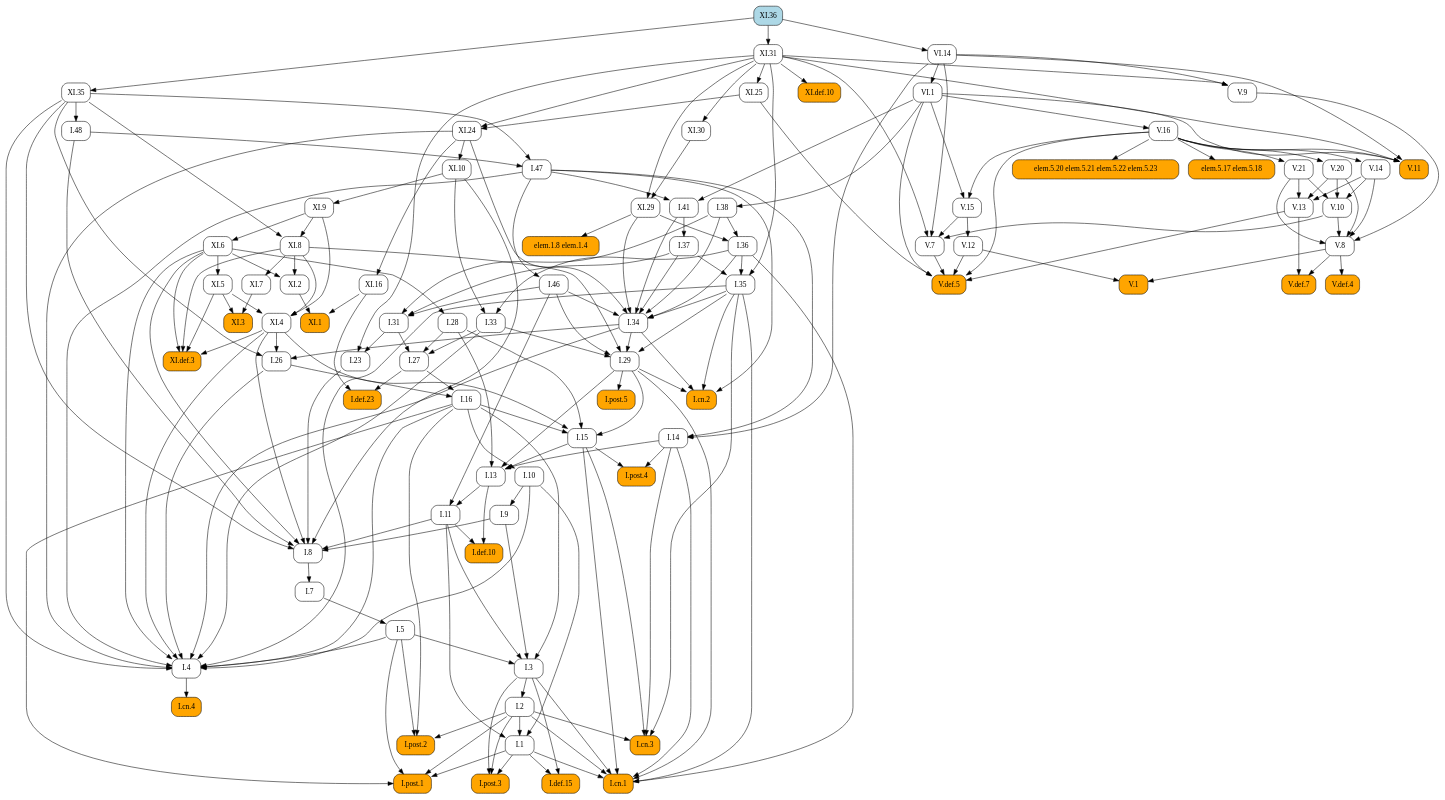
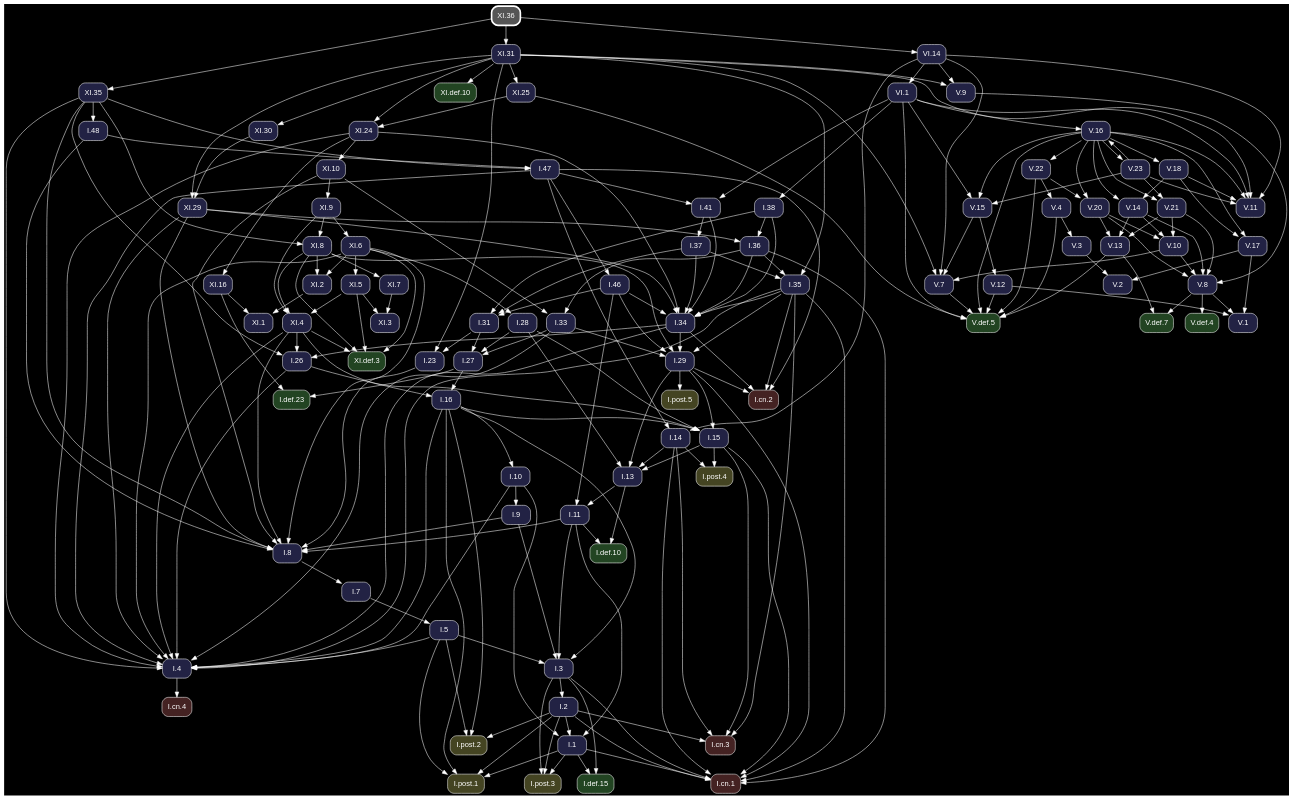
One commit to geometor/elements changed the diagram in docsrc/heath/XI/36/index.rst. Above: the diagram before and after it, drawn with Graphviz. The commit also changed other lines of this file and 1200 other files, not shown here.

Commit message:
update dependency graphs

```diff
--- a/docsrc/heath/XI/36/index.rst
+++ b/docsrc/heath/XI/36/index.rst
@@ -37,164 +37,238 @@
 .. graphviz::
 
    digraph {
+     bgcolor="black";
+     node [shape=box, style="rounded,filled", fontname="Helvetica", color="white", fontcolor="white"];
+     edge [color="white", fontcolor="white"];
      rankdir="TB";
-     node [shape=box, style=rounded];
-     "I.23" [URL="/heath/I/23/", target="_top"];
-     "I.9" [URL="/heath/I/9/", target="_top"];
-     "I.def.15" [style="rounded,filled", fillcolor=orange, URL="/heath/I/def.15/", target="_top"];
-     "V.13" [URL="/heath/V/13/", target="_top"];
-     "XI.24" [URL="/heath/XI/24/", target="_top"];
-     "V.7" [URL="/heath/V/7/", target="_top"];
-     "elem.5.17 elem.5.18" [style="rounded,filled", fillcolor=orange];
-     "XI.6" [URL="/heath/XI/6/", target="_top"];
-     "I.post.1" [style="rounded,filled", fillcolor=orange, URL="/heath/I/post.1/", target="_top"];
-     "V.14" [URL="/heath/V/14/", target="_top"];
-     "V.9" [URL="/heath/V/9/", target="_top"];
-     "I.31" [URL="/heath/I/31/", target="_top"];
-     "XI.35" [URL="/heath/XI/35/", target="_top"];
-     "I.def.10" [style="rounded,filled", fillcolor=orange, URL="/heath/I/def.10/", target="_top"];
-     "V.10" [URL="/heath/V/10/", target="_top"];
-     "XI.def.3" [style="rounded,filled", fillcolor=orange, URL="/heath/XI/def.3/", target="_top"];
-     "VI.1" [URL="/heath/VI/1/", target="_top"];
-     "XI.10" [URL="/heath/XI/10/", target="_top"];
-     "elem.1.8 elem.1.4" [style="rounded,filled", fillcolor=orange];
-     "VI.14" [URL="/heath/VI/14/", target="_top"];
-     "I.14" [URL="/heath/I/14/", target="_top"];
-     "V.11" [style="rounded,filled", fillcolor=orange, URL="/heath/V/11/", target="_top"];
-     "XI.2" [URL="/heath/XI/2/", target="_top"];
-     "I.34" [URL="/heath/I/34/", target="_top"];
-     "XI.7" [URL="/heath/XI/7/", target="_top"];
-     "I.3" [URL="/heath/I/3/", target="_top"];
-     "V.def.4" [style="rounded,filled", fillcolor=orange, URL="/heath/V/def.4/", target="_top"];
-     "V.def.7" [style="rounded,filled", fillcolor=orange, URL="/heath/V/def.7/", target="_top"];
-     "V.21" [URL="/heath/V/21/", target="_top"];
-     "I.2" [URL="/heath/I/2/", target="_top"];
-     "I.13" [URL="/heath/I/13/", target="_top"];
-     "I.post.4" [style="rounded,filled", fillcolor=orange, URL="/heath/I/post.4/", target="_top"];
-     "I.48" [URL="/heath/I/48/", target="_top"];
-     "I.4" [URL="/heath/I/4/", target="_top"];
-     "I.1" [URL="/heath/I/1/", target="_top"];
-     "XI.16" [URL="/heath/XI/16/", target="_top"];
-     "I.8" [URL="/heath/I/8/", target="_top"];
-     "I.29" [URL="/heath/I/29/", target="_top"];
-     "XI.31" [URL="/heath/XI/31/", target="_top"];
-     "XI.5" [URL="/heath/XI/5/", target="_top"];
-     "V.8" [URL="/heath/V/8/", target="_top"];
-     "I.38" [URL="/heath/I/38/", target="_top"];
-     "I.15" [URL="/heath/I/15/", target="_top"];
-     "I.10" [URL="/heath/I/10/", target="_top"];
-     "I.11" [URL="/heath/I/11/", target="_top"];
-     "I.def.23" [style="rounded,filled", fillcolor=orange, URL="/heath/I/def.23/", target="_top"];
-     "XI.1" [style="rounded,filled", fillcolor=orange, URL="/heath/XI/1/", target="_top"];
-     "I.46" [URL="/heath/I/46/", target="_top"];
-     "I.26" [URL="/heath/I/26/", target="_top"];
-     "V.16" [URL="/heath/V/16/", target="_top"];
-     "I.33" [URL="/heath/I/33/", target="_top"];
-     "XI.4" [URL="/heath/XI/4/", target="_top"];
-     "I.47" [URL="/heath/I/47/", target="_top"];
-     "XI.8" [URL="/heath/XI/8/", target="_top"];
-     "I.post.3" [style="rounded,filled", fillcolor=orange, URL="/heath/I/post.3/", target="_top"];
-     "V.def.5" [style="rounded,filled", fillcolor=orange, URL="/heath/V/def.5/", target="_top"];
-     "XI.3" [style="rounded,filled", fillcolor=orange, URL="/heath/XI/3/", target="_top"];
-     "XI.def.10" [style="rounded,filled", fillcolor=orange, URL="/heath/XI/def.10/", target="_top"];
-     "V.20" [URL="/heath/V/20/", target="_top"];
-     "I.27" [URL="/heath/I/27/", target="_top"];
-     "V.12" [URL="/heath/V/12/", target="_top"];
-     "I.35" [URL="/heath/I/35/", target="_top"];
-     "I.cn.1" [style="rounded,filled", fillcolor=orange, URL="/heath/I/cn.1/", target="_top"];
-     "I.7" [URL="/heath/I/7/", target="_top"];
-     "I.36" [URL="/heath/I/36/", target="_top"];
-     "I.5" [URL="/heath/I/5/", target="_top"];
-     "XI.36" [style="rounded,filled", fillcolor=lightblue, URL="/heath/XI/36/", target="_top"];
-     "I.37" [URL="/heath/I/37/", target="_top"];
-     "I.cn.3" [style="rounded,filled", fillcolor=orange, URL="/heath/I/cn.3/", target="_top"];
-     "I.16" [URL="/heath/I/16/", target="_top"];
-     "XI.29" [URL="/heath/XI/29/", target="_top"];
-     "V.1" [style="rounded,filled", fillcolor=orange, URL="/heath/V/1/", target="_top"];
-     "XI.9" [URL="/heath/XI/9/", target="_top"];
-     "I.cn.2" [style="rounded,filled", fillcolor=orange, URL="/heath/I/cn.2/", target="_top"];
-     "I.post.5" [style="rounded,filled", fillcolor=orange, URL="/heath/I/post.5/", target="_top"];
-     "I.28" [URL="/heath/I/28/", target="_top"];
-     "I.cn.4" [style="rounded,filled", fillcolor=orange, URL="/heath/I/cn.4/", target="_top"];
-     "V.15" [URL="/heath/V/15/", target="_top"];
-     "I.41" [URL="/heath/I/41/", target="_top"];
-     "I.post.2" [style="rounded,filled", fillcolor=orange, URL="/heath/I/post.2/", target="_top"];
-     "XI.30" [URL="/heath/XI/30/", target="_top"];
-     "elem.5.20 elem.5.21 elem.5.22 elem.5.23" [style="rounded,filled", fillcolor=orange];
-     "XI.25" [URL="/heath/XI/25/", target="_top"];
-     "I.31" -> "I.23";
-     "XI.31" -> "I.23";
-     "I.10" -> "I.9";
-     "I.1" -> "I.def.15";
-     "I.3" -> "I.def.15";
+     "V.15" [fillcolor="#222244", URL="/heath/V/15/", target="_top"];
+     "XI.7" [fillcolor="#222244", URL="/heath/XI/7/", target="_top"];
+     "XI.8" [fillcolor="#222244", URL="/heath/XI/8/", target="_top"];
+     "I.cn.1" [fillcolor="#442222", URL="/heath/I/cn.1/", target="_top"];
+     "V.18" [fillcolor="#222244", URL="/heath/V/18/", target="_top"];
+     "V.14" [fillcolor="#222244", URL="/heath/V/14/", target="_top"];
+     "XI.5" [fillcolor="#222244", URL="/heath/XI/5/", target="_top"];
+     "I.28" [fillcolor="#222244", URL="/heath/I/28/", target="_top"];
+     "XI.def.10" [fillcolor="#224422", URL="/heath/XI/def.10/", target="_top"];
+     "I.27" [fillcolor="#222244", URL="/heath/I/27/", target="_top"];
+     "V.23" [fillcolor="#222244", URL="/heath/V/23/", target="_top"];
+     "I.2" [fillcolor="#222244", URL="/heath/I/2/", target="_top"];
+     "I.41" [fillcolor="#222244", URL="/heath/I/41/", target="_top"];
+     "I.post.4" [fillcolor="#444422", URL="/heath/I/post.4/", target="_top"];
+     "I.26" [fillcolor="#222244", URL="/heath/I/26/", target="_top"];
+     "I.8" [fillcolor="#222244", URL="/heath/I/8/", target="_top"];
+     "XI.24" [fillcolor="#222244", URL="/heath/XI/24/", target="_top"];
+     "V.4" [fillcolor="#222244", URL="/heath/V/4/", target="_top"];
+     "V.16" [fillcolor="#222244", URL="/heath/V/16/", target="_top"];
+     "I.7" [fillcolor="#222244", URL="/heath/I/7/", target="_top"];
+     "I.5" [fillcolor="#222244", URL="/heath/I/5/", target="_top"];
+     "XI.16" [fillcolor="#222244", URL="/heath/XI/16/", target="_top"];
+     "V.11" [fillcolor="#222244", URL="/heath/V/11/", target="_top"];
+     "V.def.4" [fillcolor="#224422", URL="/heath/V/def.4/", target="_top"];
+     "V.20" [fillcolor="#222244", URL="/heath/V/20/", target="_top"];
+     "I.11" [fillcolor="#222244", URL="/heath/I/11/", target="_top"];
+     "I.37" [fillcolor="#222244", URL="/heath/I/37/", target="_top"];
+     "I.cn.3" [fillcolor="#442222", URL="/heath/I/cn.3/", target="_top"];
+     "I.36" [fillcolor="#222244", URL="/heath/I/36/", target="_top"];
+     "I.38" [fillcolor="#222244", URL="/heath/I/38/", target="_top"];
+     "I.post.2" [fillcolor="#444422", URL="/heath/I/post.2/", target="_top"];
+     "I.def.23" [fillcolor="#224422", URL="/heath/I/def.23/", target="_top"];
+     "I.35" [fillcolor="#222244", URL="/heath/I/35/", target="_top"];
+     "XI.35" [fillcolor="#222244", URL="/heath/XI/35/", target="_top"];
+     "I.post.3" [fillcolor="#444422", URL="/heath/I/post.3/", target="_top"];
+     "V.13" [fillcolor="#222244", URL="/heath/V/13/", target="_top"];
+     "V.8" [fillcolor="#222244", URL="/heath/V/8/", target="_top"];
+     "I.33" [fillcolor="#222244", URL="/heath/I/33/", target="_top"];
+     "XI.31" [fillcolor="#222244", URL="/heath/XI/31/", target="_top"];
+     "V.10" [fillcolor="#222244", URL="/heath/V/10/", target="_top"];
+     "V.def.5" [fillcolor="#224422", URL="/heath/V/def.5/", target="_top"];
+     "V.22" [fillcolor="#222244", URL="/heath/V/22/", target="_top"];
+     "I.31" [fillcolor="#222244", URL="/heath/I/31/", target="_top"];
+     "I.3" [fillcolor="#222244", URL="/heath/I/3/", target="_top"];
+     "V.12" [fillcolor="#222244", URL="/heath/V/12/", target="_top"];
+     "XI.def.3" [fillcolor="#224422", URL="/heath/XI/def.3/", target="_top"];
+     "I.def.10" [fillcolor="#224422", URL="/heath/I/def.10/", target="_top"];
+     "I.15" [fillcolor="#222244", URL="/heath/I/15/", target="_top"];
+     "I.13" [fillcolor="#222244", URL="/heath/I/13/", target="_top"];
+     "XI.3" [fillcolor="#222244", URL="/heath/XI/3/", target="_top"];
+     "I.cn.2" [fillcolor="#442222", URL="/heath/I/cn.2/", target="_top"];
+     "XI.1" [fillcolor="#222244", URL="/heath/XI/1/", target="_top"];
+     "I.9" [fillcolor="#222244", URL="/heath/I/9/", target="_top"];
+     "I.1" [fillcolor="#222244", URL="/heath/I/1/", target="_top"];
+     "I.post.5" [fillcolor="#444422", URL="/heath/I/post.5/", target="_top"];
+     "VI.14" [fillcolor="#222244", URL="/heath/VI/14/", target="_top"];
+     "I.23" [fillcolor="#222244", URL="/heath/I/23/", target="_top"];
+     "I.4" [fillcolor="#222244", URL="/heath/I/4/", target="_top"];
+     "V.7" [fillcolor="#222244", URL="/heath/V/7/", target="_top"];
+     "V.9" [fillcolor="#222244", URL="/heath/V/9/", target="_top"];
+     "VI.1" [fillcolor="#222244", URL="/heath/VI/1/", target="_top"];
+     "I.10" [fillcolor="#222244", URL="/heath/I/10/", target="_top"];
+     "XI.30" [fillcolor="#222244", URL="/heath/XI/30/", target="_top"];
+     "I.46" [fillcolor="#222244", URL="/heath/I/46/", target="_top"];
+     "XI.36" [penwidth=3, color="white", fillcolor="#555555", URL="/heath/XI/36/", target="_top"];
+     "V.def.7" [fillcolor="#224422", URL="/heath/V/def.7/", target="_top"];
+     "I.post.1" [fillcolor="#444422", URL="/heath/I/post.1/", target="_top"];
+     "XI.25" [fillcolor="#222244", URL="/heath/XI/25/", target="_top"];
+     "XI.29" [fillcolor="#222244", URL="/heath/XI/29/", target="_top"];
+     "I.16" [fillcolor="#222244", URL="/heath/I/16/", target="_top"];
+     "I.29" [fillcolor="#222244", URL="/heath/I/29/", target="_top"];
+     "XI.9" [fillcolor="#222244", URL="/heath/XI/9/", target="_top"];
+     "I.cn.4" [fillcolor="#442222", URL="/heath/I/cn.4/", target="_top"];
+     "I.47" [fillcolor="#222244", URL="/heath/I/47/", target="_top"];
+     "I.14" [fillcolor="#222244", URL="/heath/I/14/", target="_top"];
+     "V.2" [fillcolor="#222244", URL="/heath/V/2/", target="_top"];
+     "V.1" [fillcolor="#222244", URL="/heath/V/1/", target="_top"];
+     "V.3" [fillcolor="#222244", URL="/heath/V/3/", target="_top"];
+     "V.21" [fillcolor="#222244", URL="/heath/V/21/", target="_top"];
+     "I.34" [fillcolor="#222244", URL="/heath/I/34/", target="_top"];
+     "XI.10" [fillcolor="#222244", URL="/heath/XI/10/", target="_top"];
+     "I.48" [fillcolor="#222244", URL="/heath/I/48/", target="_top"];
+     "I.def.15" [fillcolor="#224422", URL="/heath/I/def.15/", target="_top"];
+     "XI.4" [fillcolor="#222244", URL="/heath/XI/4/", target="_top"];
+     "V.17" [fillcolor="#222244", URL="/heath/V/17/", target="_top"];
+     "XI.2" [fillcolor="#222244", URL="/heath/XI/2/", target="_top"];
+     "XI.6" [fillcolor="#222244", URL="/heath/XI/6/", target="_top"];
+     "V.16" -> "V.15";
+     "V.23" -> "V.15";
+     "VI.1" -> "V.15";
+     "XI.8" -> "XI.7";
+     "XI.9" -> "XI.8";
+     "XI.35" -> "XI.8";
+     "I.1" -> "I.cn.1";
+     "I.2" -> "I.cn.1";
+     "I.3" -> "I.cn.1";
+     "I.14" -> "I.cn.1";
+     "I.15" -> "I.cn.1";
+     "I.29" -> "I.cn.1";
+     "I.35" -> "I.cn.1";
+     "I.36" -> "I.cn.1";
+     "V.16" -> "V.18";
+     "V.16" -> "V.14";
+     "V.18" -> "V.14";
+     "XI.6" -> "XI.5";
+     "XI.6" -> "I.28";
+     "XI.31" -> "XI.def.10";
+     "I.28" -> "I.27";
+     "I.31" -> "I.27";
+     "I.33" -> "I.27";
+     "V.16" -> "V.23";
+     "I.3" -> "I.2";
+     "I.47" -> "I.41";
+     "VI.1" -> "I.41";
+     "I.14" -> "I.post.4";
+     "I.15" -> "I.post.4";
+     "I.34" -> "I.26";
+     "XI.4" -> "I.26";
+     "XI.35" -> "I.26";
+     "I.9" -> "I.8";
+     "I.11" -> "I.8";
+     "I.23" -> "I.8";
+     "I.48" -> "I.8";
+     "XI.4" -> "I.8";
+     "XI.6" -> "I.8";
+     "XI.10" -> "I.8";
+     "XI.29" -> "I.8";
+     "XI.35" -> "I.8";
+     "XI.25" -> "XI.24";
+     "XI.31" -> "XI.24";
+     "V.22" -> "V.4";
+     "V.23" -> "V.16";
+     "VI.1" -> "V.16";
+     "I.8" -> "I.7";
+     "I.7" -> "I.5";
+     "XI.24" -> "XI.16";
+     "V.16" -> "V.11";
+     "V.18" -> "V.11";
+     "V.23" -> "V.11";
+     "VI.1" -> "V.11";
+     "VI.14" -> "V.11";
+     "XI.31" -> "V.11";
+     "V.8" -> "V.def.4";
+     "V.16" -> "V.20";
+     "V.22" -> "V.20";
+     "I.13" -> "I.11";
+     "I.46" -> "I.11";
+     "I.41" -> "I.37";
+     "I.2" -> "I.cn.3";
+     "I.14" -> "I.cn.3";
+     "I.15" -> "I.cn.3";
+     "I.35" -> "I.cn.3";
+     "I.38" -> "I.36";
+     "XI.29" -> "I.36";
+     "VI.1" -> "I.38";
+     "I.2" -> "I.post.2";
+     "I.5" -> "I.post.2";
+     "I.16" -> "I.post.2";
+     "I.27" -> "I.def.23";
+     "XI.16" -> "I.def.23";
+     "I.36" -> "I.35";
+     "I.37" -> "I.35";
+     "XI.31" -> "I.35";
+     "XI.36" -> "XI.35";
+     "I.1" -> "I.post.3";
+     "I.2" -> "I.post.3";
+     "I.3" -> "I.post.3";
      "V.14" -> "V.13";
      "V.20" -> "V.13";
      "V.21" -> "V.13";
-     "XI.25" -> "XI.24";
-     "XI.31" -> "XI.24";
-     "V.10" -> "V.7";
-     "V.15" -> "V.7";
-     "VI.14" -> "V.7";
-     "XI.31" -> "V.7";
-     "V.16" -> "elem.5.17 elem.5.18";
-     "XI.9" -> "XI.6";
-     "I.1" -> "I.post.1";
-     "I.2" -> "I.post.1";
-     "I.5" -> "I.post.1";
-     "I.16" -> "I.post.1";
-     "V.16" -> "V.14";
-     "VI.14" -> "V.9";
-     "XI.31" -> "V.9";
+     "V.9" -> "V.8";
+     "V.10" -> "V.8";
+     "V.14" -> "V.8";
+     "V.20" -> "V.8";
+     "V.21" -> "V.8";
+     "I.36" -> "I.33";
+     "XI.10" -> "I.33";
+     "XI.36" -> "XI.31";
+     "V.14" -> "V.10";
+     "V.20" -> "V.10";
+     "V.21" -> "V.10";
+     "V.4" -> "V.def.5";
+     "V.7" -> "V.def.5";
+     "V.12" -> "V.def.5";
+     "V.13" -> "V.def.5";
+     "V.16" -> "V.def.5";
+     "V.22" -> "V.def.5";
+     "VI.1" -> "V.def.5";
+     "XI.25" -> "V.def.5";
+     "V.16" -> "V.22";
      "I.37" -> "I.31";
      "I.38" -> "I.31";
      "I.46" -> "I.31";
-     "XI.36" -> "XI.35";
-     "I.11" -> "I.def.10";
-     "I.13" -> "I.def.10";
-     "V.14" -> "V.10";
-     "V.20" -> "V.10";
-     "V.21" -> "V.10";
+     "I.5" -> "I.3";
+     "I.9" -> "I.3";
+     "I.11" -> "I.3";
+     "I.16" -> "I.3";
+     "V.15" -> "V.12";
      "XI.4" -> "XI.def.3";
      "XI.5" -> "XI.def.3";
      "XI.6" -> "XI.def.3";
      "XI.8" -> "XI.def.3";
-     "VI.14" -> "VI.1";
-     "XI.24" -> "XI.10";
-     "XI.29" -> "elem.1.8 elem.1.4";
-     "XI.36" -> "VI.14";
-     "I.47" -> "I.14";
-     "VI.14" -> "I.14";
-     "V.16" -> "V.11";
-     "VI.1" -> "V.11";
-     "VI.14" -> "V.11";
-     "XI.31" -> "V.11";
-     "XI.6" -> "XI.2";
-     "XI.8" -> "XI.2";
-     "I.35" -> "I.34";
-     "I.36" -> "I.34";
-     "I.37" -> "I.34";
-     "I.38" -> "I.34";
-     "I.41" -> "I.34";
-     "I.46" -> "I.34";
-     "XI.24" -> "I.34";
-     "XI.29" -> "I.34";
-     "XI.8" -> "XI.7";
-     "I.5" -> "I.3";
-     "I.9" -> "I.3";
-     "I.11" -> "I.3";
-     "I.16" -> "I.3";
-     "V.8" -> "V.def.4";
-     "V.8" -> "V.def.7";
-     "V.13" -> "V.def.7";
-     "V.16" -> "V.21";
-     "I.3" -> "I.2";
+     "I.11" -> "I.def.10";
+     "I.13" -> "I.def.10";
+     "I.16" -> "I.15";
+     "I.28" -> "I.15";
+     "I.29" -> "I.15";
+     "XI.4" -> "I.15";
      "I.14" -> "I.13";
      "I.15" -> "I.13";
      "I.28" -> "I.13";
      "I.29" -> "I.13";
-     "I.14" -> "I.post.4";
-     "I.15" -> "I.post.4";
-     "XI.35" -> "I.48";
+     "XI.5" -> "XI.3";
+     "XI.7" -> "XI.3";
+     "I.29" -> "I.cn.2";
+     "I.34" -> "I.cn.2";
+     "I.35" -> "I.cn.2";
+     "I.47" -> "I.cn.2";
+     "XI.2" -> "XI.1";
+     "XI.16" -> "XI.1";
+     "I.10" -> "I.9";
+     "I.2" -> "I.1";
+     "I.10" -> "I.1";
+     "I.11" -> "I.1";
+     "I.29" -> "I.post.5";
+     "XI.36" -> "VI.14";
+     "I.31" -> "I.23";
+     "XI.31" -> "I.23";
      "I.5" -> "I.4";
      "I.10" -> "I.4";
      "I.16" -> "I.4";
@@ -206,116 +280,66 @@
      "XI.4" -> "I.4";
      "XI.6" -> "I.4";
      "XI.24" -> "I.4";
+     "XI.29" -> "I.4";
      "XI.35" -> "I.4";
-     "I.2" -> "I.1";
-     "I.10" -> "I.1";
-     "I.11" -> "I.1";
-     "XI.24" -> "XI.16";
-     "I.9" -> "I.8";
-     "I.11" -> "I.8";
-     "I.23" -> "I.8";
-     "I.48" -> "I.8";
-     "XI.4" -> "I.8";
-     "XI.6" -> "I.8";
-     "XI.10" -> "I.8";
-     "XI.35" -> "I.8";
+     "V.10" -> "V.7";
+     "V.15" -> "V.7";
+     "VI.14" -> "V.7";
+     "XI.31" -> "V.7";
+     "VI.14" -> "V.9";
+     "XI.31" -> "V.9";
+     "VI.14" -> "VI.1";
+     "I.16" -> "I.10";
+     "XI.31" -> "XI.30";
+     "I.47" -> "I.46";
+     "V.8" -> "V.def.7";
+     "V.13" -> "V.def.7";
+     "I.1" -> "I.post.1";
+     "I.2" -> "I.post.1";
+     "I.5" -> "I.post.1";
+     "I.16" -> "I.post.1";
+     "XI.31" -> "XI.25";
+     "XI.30" -> "XI.29";
+     "XI.31" -> "XI.29";
+     "I.26" -> "I.16";
+     "I.27" -> "I.16";
      "I.33" -> "I.29";
      "I.34" -> "I.29";
      "I.35" -> "I.29";
      "I.46" -> "I.29";
      "XI.8" -> "I.29";
-     "XI.36" -> "XI.31";
-     "XI.6" -> "XI.5";
-     "V.9" -> "V.8";
-     "V.10" -> "V.8";
-     "V.14" -> "V.8";
-     "V.20" -> "V.8";
-     "V.21" -> "V.8";
-     "VI.1" -> "I.38";
-     "I.16" -> "I.15";
-     "I.28" -> "I.15";
-     "I.29" -> "I.15";
-     "XI.4" -> "I.15";
-     "I.16" -> "I.10";
-     "I.13" -> "I.11";
-     "I.46" -> "I.11";
-     "I.27" -> "I.def.23";
-     "XI.16" -> "I.def.23";
-     "XI.2" -> "XI.1";
-     "XI.16" -> "XI.1";
-     "I.47" -> "I.46";
-     "I.34" -> "I.26";
-     "XI.4" -> "I.26";
-     "XI.35" -> "I.26";
-     "VI.1" -> "V.16";
-     "I.36" -> "I.33";
-     "XI.10" -> "I.33";
+     "XI.10" -> "XI.9";
+     "I.4" -> "I.cn.4";
+     "I.48" -> "I.47";
+     "XI.35" -> "I.47";
+     "I.47" -> "I.14";
+     "VI.14" -> "I.14";
+     "V.3" -> "V.2";
+     "V.17" -> "V.2";
+     "V.8" -> "V.1";
+     "V.12" -> "V.1";
+     "V.17" -> "V.1";
+     "V.4" -> "V.3";
+     "V.16" -> "V.21";
+     "V.23" -> "V.21";
+     "I.35" -> "I.34";
+     "I.36" -> "I.34";
+     "I.37" -> "I.34";
+     "I.38" -> "I.34";
+     "I.41" -> "I.34";
+     "I.46" -> "I.34";
+     "XI.24" -> "I.34";
+     "XI.29" -> "I.34";
+     "XI.24" -> "XI.10";
+     "XI.35" -> "I.48";
+     "I.1" -> "I.def.15";
+     "I.3" -> "I.def.15";
      "XI.5" -> "XI.4";
      "XI.8" -> "XI.4";
      "XI.9" -> "XI.4";
-     "I.48" -> "I.47";
-     "XI.35" -> "I.47";
-     "XI.9" -> "XI.8";
-     "XI.35" -> "XI.8";
-     "I.1" -> "I.post.3";
-     "I.2" -> "I.post.3";
-     "I.3" -> "I.post.3";
-     "V.7" -> "V.def.5";
-     "V.12" -> "V.def.5";
-     "V.13" -> "V.def.5";
-     "V.16" -> "V.def.5";
-     "VI.1" -> "V.def.5";
-     "XI.25" -> "V.def.5";
-     "XI.5" -> "XI.3";
-     "XI.7" -> "XI.3";
-     "XI.31" -> "XI.def.10";
-     "V.16" -> "V.20";
-     "I.28" -> "I.27";
-     "I.31" -> "I.27";
-     "I.33" -> "I.27";
-     "V.15" -> "V.12";
-     "I.36" -> "I.35";
-     "I.37" -> "I.35";
-     "XI.31" -> "I.35";
-     "I.1" -> "I.cn.1";
-     "I.2" -> "I.cn.1";
-     "I.3" -> "I.cn.1";
-     "I.14" -> "I.cn.1";
-     "I.15" -> "I.cn.1";
-     "I.29" -> "I.cn.1";
-     "I.35" -> "I.cn.1";
-     "I.36" -> "I.cn.1";
-     "I.8" -> "I.7";
-     "I.38" -> "I.36";
-     "XI.29" -> "I.36";
-     "I.7" -> "I.5";
-     "I.41" -> "I.37";
-     "I.2" -> "I.cn.3";
-     "I.14" -> "I.cn.3";
-     "I.15" -> "I.cn.3";
-     "I.35" -> "I.cn.3";
-     "I.26" -> "I.16";
-     "I.27" -> "I.16";
-     "XI.30" -> "XI.29";
-     "XI.31" -> "XI.29";
-     "V.8" -> "V.1";
-     "V.12" -> "V.1";
-     "XI.10" -> "XI.9";
-     "I.29" -> "I.cn.2";
-     "I.34" -> "I.cn.2";
-     "I.35" -> "I.cn.2";
-     "I.47" -> "I.cn.2";
-     "I.29" -> "I.post.5";
-     "XI.6" -> "I.28";
-     "I.4" -> "I.cn.4";
-     "V.16" -> "V.15";
-     "VI.1" -> "V.15";
-     "I.47" -> "I.41";
-     "VI.1" -> "I.41";
-     "I.2" -> "I.post.2";
-     "I.5" -> "I.post.2";
-     "I.16" -> "I.post.2";
-     "XI.31" -> "XI.30";
-     "V.16" -> "elem.5.20 elem.5.21 elem.5.22 elem.5.23";
-     "XI.31" -> "XI.25";
+     "V.16" -> "V.17";
+     "V.18" -> "V.17";
+     "XI.6" -> "XI.2";
+     "XI.8" -> "XI.2";
+     "XI.9" -> "XI.6";
    }
```
